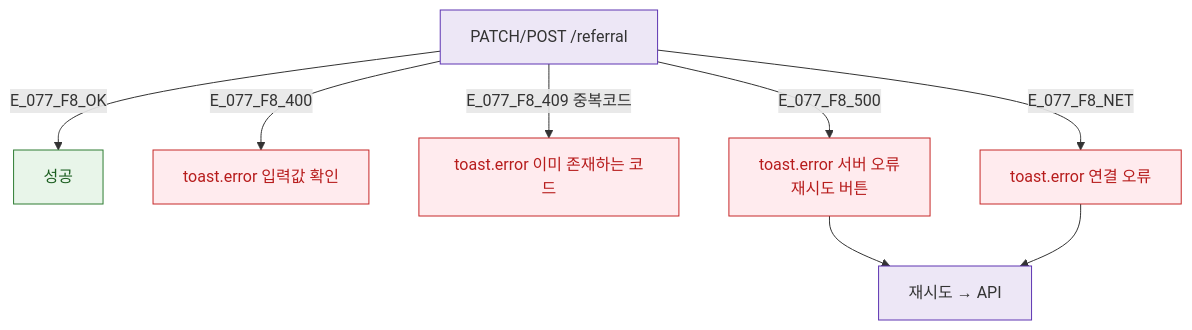
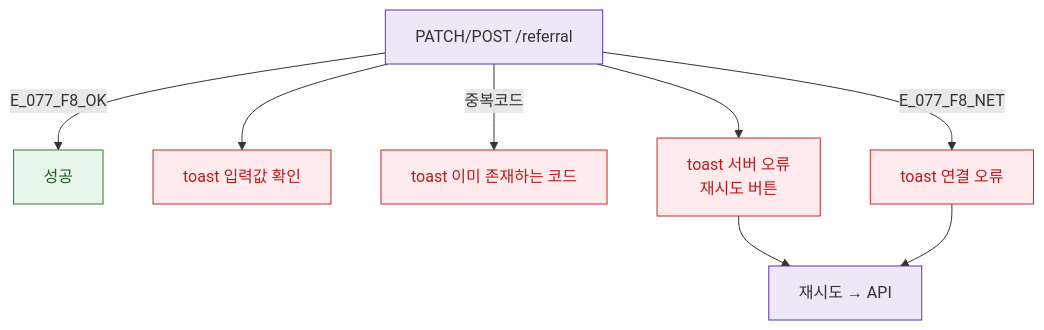
One commit to dev-spogym/admin-pando changed the diagram in docs/다이어그램/D08_마케팅/SCR-077_리퍼럴프로그램/F8_에러예외복구.md. Above: the diagram before and after it, drawn with Mermaid. The commit also changed other lines of this file and 1660 other files, not shown here.

First line of the commit message:
다이어그램: 기획자/클라이언트 납품본으로 정리

````diff
--- a/docs/다이어그램/D08_마케팅/SCR-077_리퍼럴프로그램/F8_에러예외복구.md
+++ b/docs/다이어그램/D08_마케팅/SCR-077_리퍼럴프로그램/F8_에러예외복구.md
@@ -14,19 +12,19 @@
 ```mermaid
 flowchart TD
-  API[PATCH/POST /referral] -->|E_077_F8_OK| SUCCESS[성공]
-  API -->|E_077_F8_400| ERR_400[toast.error 입력값 확인]
-  API -->|E_077_F8_409 중복코드| ERR_409[toast.error 이미 존재하는 코드]
-  API -->|E_077_F8_500| ERR_500[toast.error 서버 오류\n재시도 버튼]
-  API -->|E_077_F8_NET| ERR_NET[toast.error 연결 오류]
+  API[PATCH/POST /referral] -->|E_077_F8_OK|SUCCESS[성공]
+  API --> ERR_400[toast 입력값 확인]
+  API -->|중복코드|ERR_409[toast 이미 존재하는 코드]
+  API --> ERR_500[toast 서버 오류\n재시도 버튼]
+  API -->|E_077_F8_NET|ERR_NET[toast 연결 오류]
 
   ERR_500 --> RETRY[재시도 → API]
   ERR_NET --> RETRY
 
   classDef success fill:#E8F5E9,stroke:#2E7D32,color:#1B5E20
-  classDef error   fill:#FFEBEE,stroke:#C62828,color:#B71C1C
-  classDef system  fill:#EDE7F6,stroke:#5E35B2
+  classDef error fill:#FFEBEE,stroke:#C62828,color:#B71C1C
+  classDef system fill:#EDE7F6,stroke:#5E35B2
 
   class SUCCESS success
   class ERR_400,ERR_409,ERR_500,ERR_NET error
   class API,RETRY system
 ```
````
